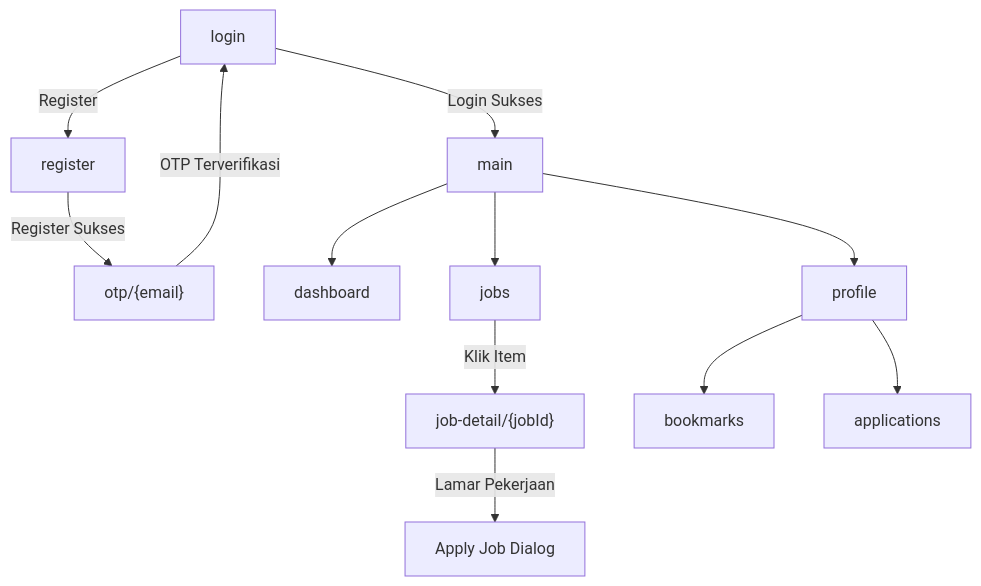
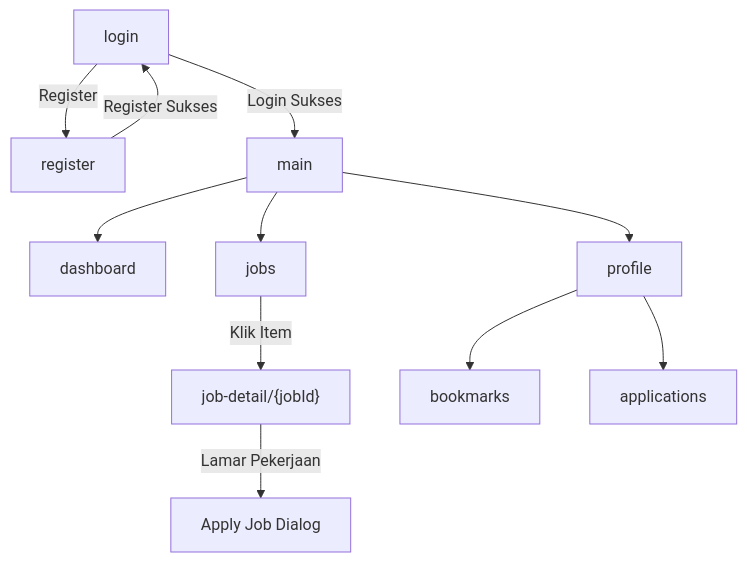
Before and after one commit to Argya53n0/PAB-A-Kelompok1: the diagram in ROUTE_LIST.md, drawn with Mermaid. The commit also changed other lines of this file and 1 other file, not shown here.

````diff
--- a/ROUTE_LIST.md
+++ b/ROUTE_LIST.md
@@ -9,17 +9,16 @@
 ```mermaid
 graph TD
     A[login] -->|Register| B[register]
-    B -->|Register Sukses| C["otp/{email}"]
-    C -->|OTP Terverifikasi| A
+    B -->|Register Sukses| A
     A -->|Login Sukses| D[main]
     
     D --> E[dashboard]
     D --> F[jobs]
     D --> G[profile]
     
     F -->|Klik Item| H["job-detail/{jobId}"]
     H -->|Lamar Pekerjaan| I[Apply Job Dialog]
     
     G --> J[bookmarks]
     G --> K[applications]
 ```
````
